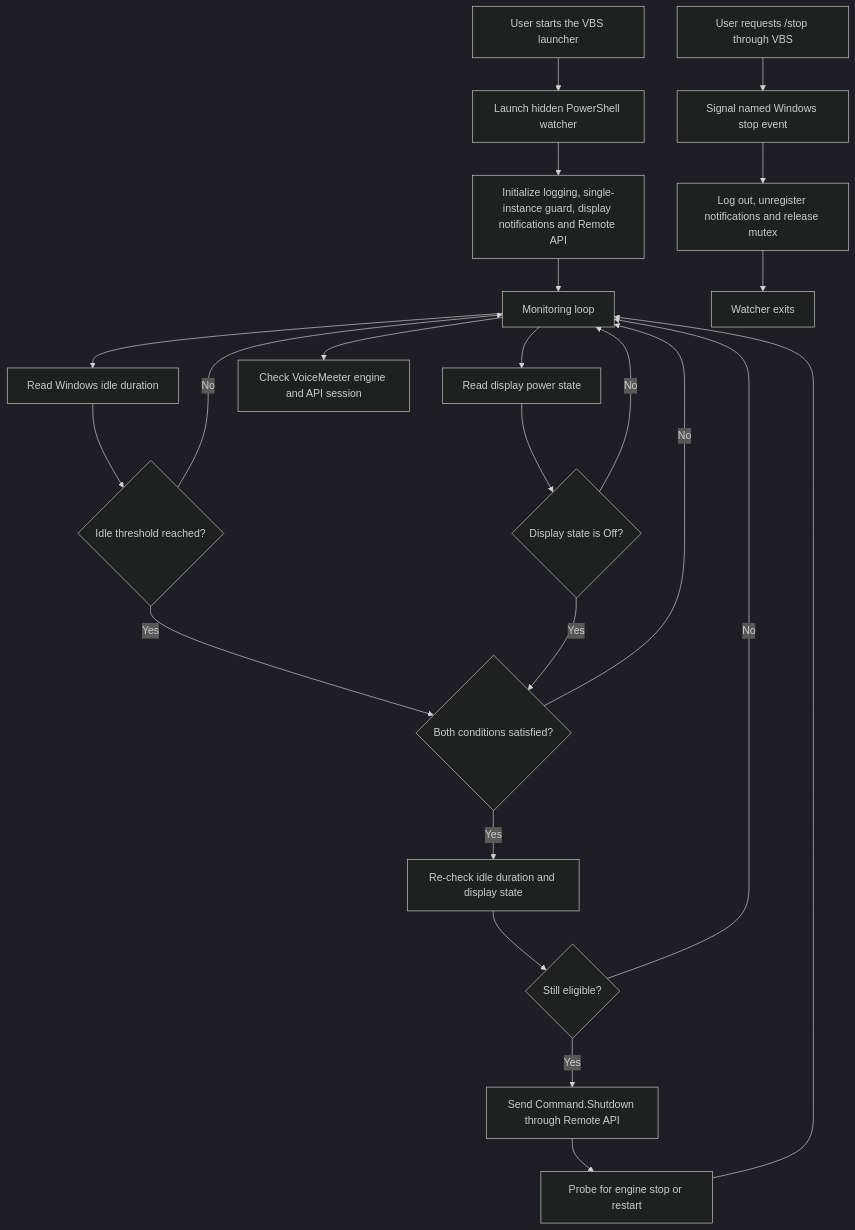
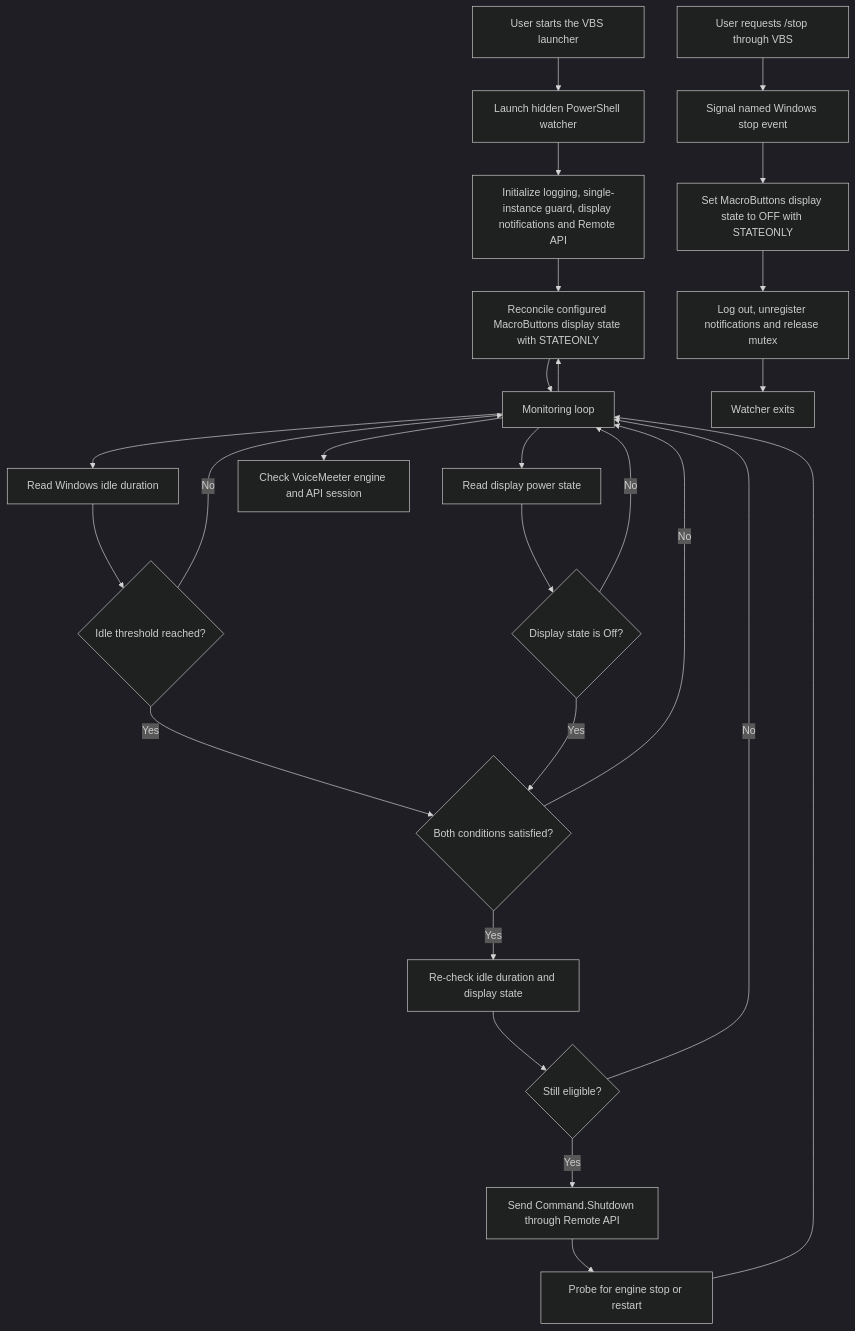
The first of 2 diagrams in ARCHITECTURE.md (AnAllegory/VoiceMeeter-IdleWatcher), drawn with Mermaid (dark theme) before and after one commit. The commit also changed other lines of this file and 6 other files, not shown here.

Commit message:
Add optional MacroButtons display-state synchronization

````diff
--- a/ARCHITECTURE.md
+++ b/ARCHITECTURE.md
@@ -12,29 +12,32 @@
 ```mermaid
 flowchart TD
     A[User starts the VBS launcher] --> B[Launch hidden PowerShell watcher]
     B --> C[Initialize logging, single-instance guard, display notifications and Remote API]
-    C --> D[Monitoring loop]
+    C --> MB[Reconcile configured MacroButtons display state with STATEONLY]
+    MB --> D[Monitoring loop]
+    D --> MB
 
     D --> E[Read Windows idle duration]
     D --> F[Read display power state]
     D --> G[Check VoiceMeeter engine and API session]
 
     E --> H{Idle threshold reached?}
     F --> I{Display state is Off?}
     H -->|No| D
     I -->|No| D
     H -->|Yes| J{Both conditions satisfied?}
     I -->|Yes| J
 
     J -->|No| D
     J -->|Yes| K[Re-check idle duration and display state]
     K --> L{Still eligible?}
     L -->|No| D
     L -->|Yes| M[Send Command.Shutdown through Remote API]
     M --> N[Probe for engine stop or restart]
     N --> D
 
     P[User requests /stop through VBS] --> Q[Signal named Windows stop event]
-    Q --> R[Log out, unregister notifications and release mutex]
+    Q --> O[Set MacroButtons display state to OFF with STATEONLY]
+    O --> R[Log out, unregister notifications and release mutex]
     R --> S[Watcher exits]
 ```
````
